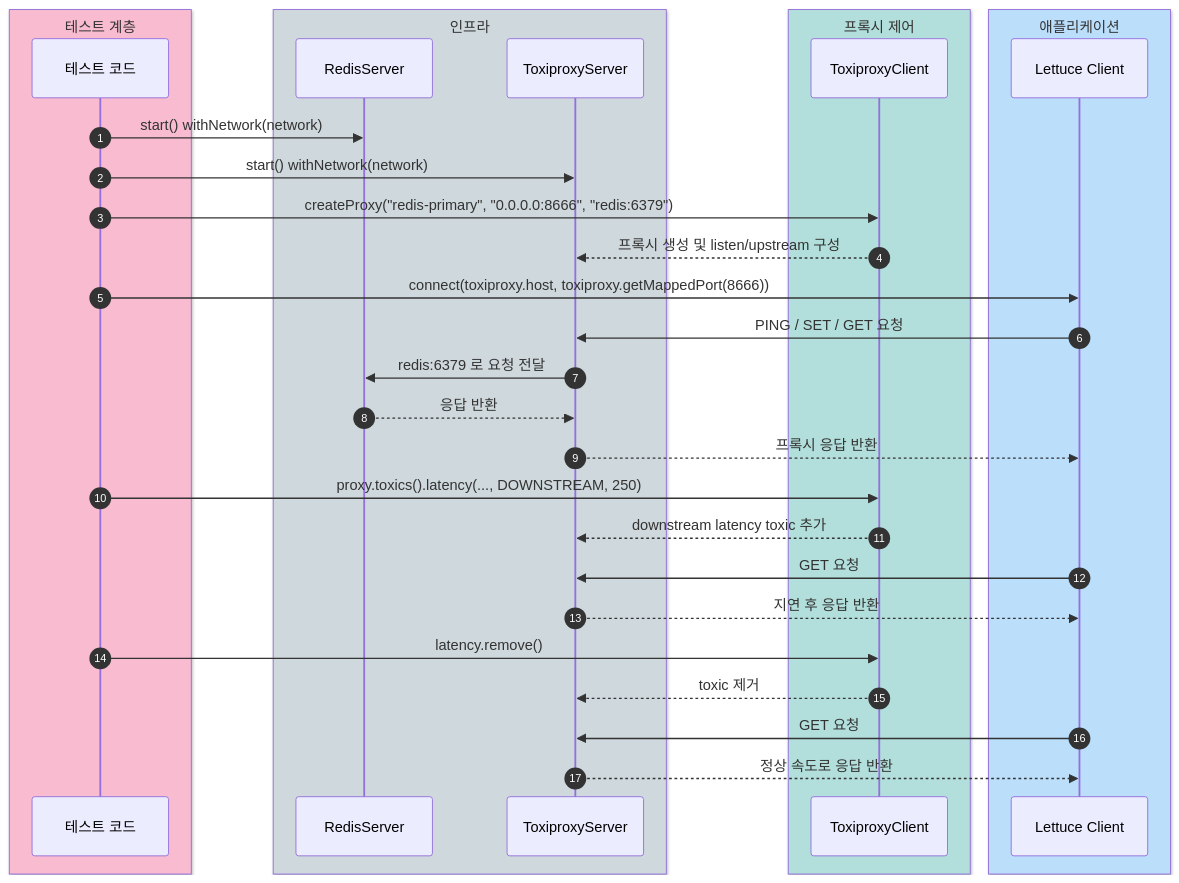
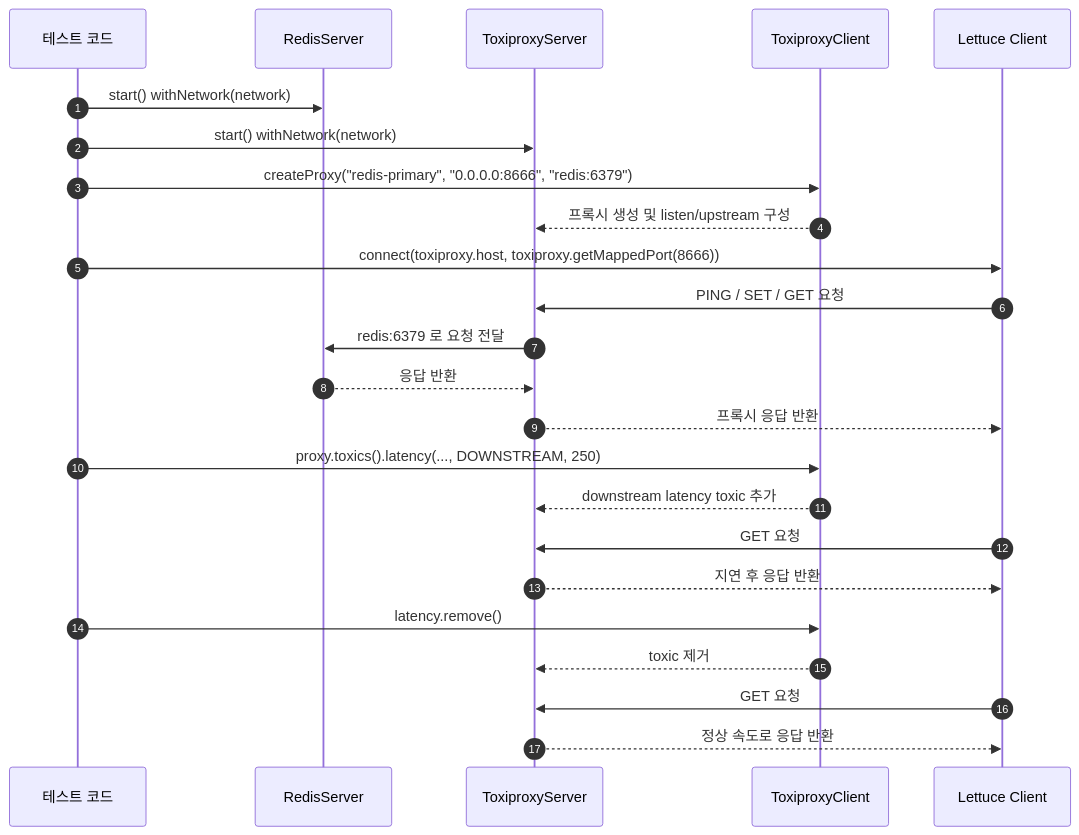
The fourth of 4 diagrams in testing/testcontainers/README.ko.md (bluetape4k/bluetape4k-projects), drawn with Mermaid before and after one commit. The commit also changed other lines of this file and 219 other files, not shown here.

First line of the commit message:
docs: 전체 README Mermaid 다이어그램 가이드 적용

````diff
--- a/testing/testcontainers/README.ko.md
+++ b/testing/testcontainers/README.ko.md
@@ -329,38 +321,30 @@
 ```mermaid
 sequenceDiagram
     autonumber
-    box rgb(248,187,208) 테스트 계층
         participant TEST as 테스트 코드
-    end
-    box rgb(207,216,220) 인프라
         participant REDIS as RedisServer
         participant TOXI as ToxiproxyServer
-    end
-    box rgb(178,223,219) 프록시 제어
         participant API as ToxiproxyClient
-    end
-    box rgb(187,222,251) 애플리케이션
         participant LETTUCE as Lettuce Client
-    end
 
     TEST->>REDIS: start() withNetwork(network)
     TEST->>TOXI: start() withNetwork(network)
     TEST->>API: createProxy("redis-primary", "0.0.0.0:8666", "redis:6379")
     API-->>TOXI: 프록시 생성 및 listen/upstream 구성
 
     TEST->>LETTUCE: connect(toxiproxy.host, toxiproxy.getMappedPort(8666))
     LETTUCE->>TOXI: PING / SET / GET 요청
     TOXI->>REDIS: redis:6379 로 요청 전달
     REDIS-->>TOXI: 응답 반환
     TOXI-->>LETTUCE: 프록시 응답 반환
 
     TEST->>API: proxy.toxics().latency(..., DOWNSTREAM, 250)
     API-->>TOXI: downstream latency toxic 추가
     LETTUCE->>TOXI: GET 요청
     TOXI-->>LETTUCE: 지연 후 응답 반환
 
     TEST->>API: latency.remove()
     API-->>TOXI: toxic 제거
     LETTUCE->>TOXI: GET 요청
     TOXI-->>LETTUCE: 정상 속도로 응답 반환
 ```
````
